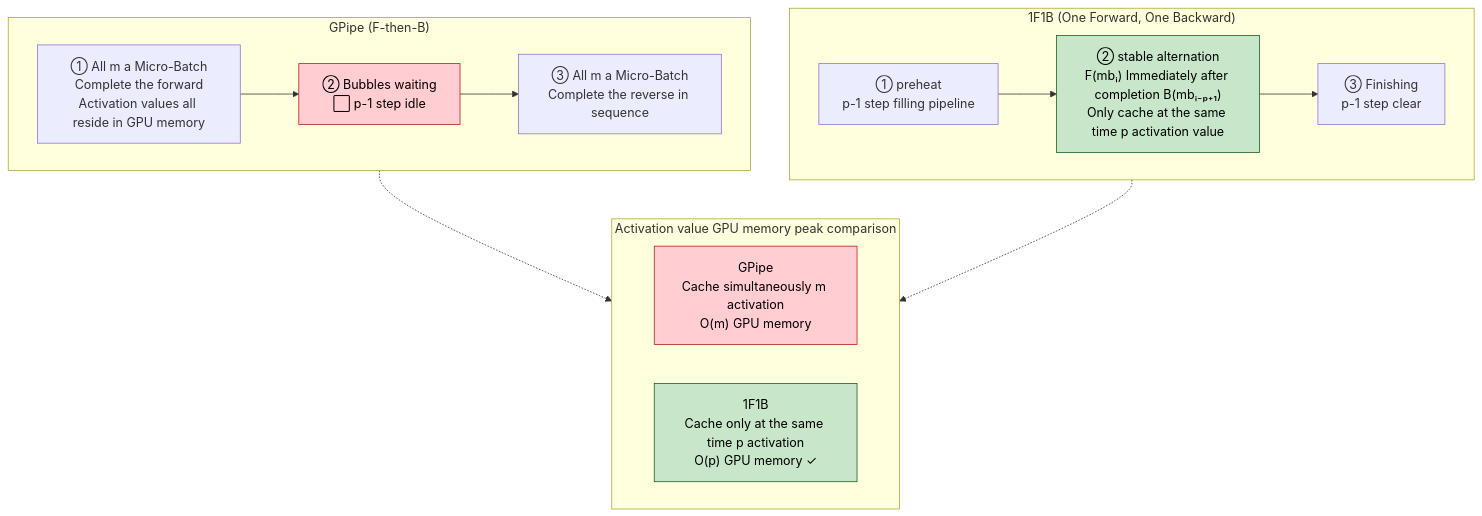
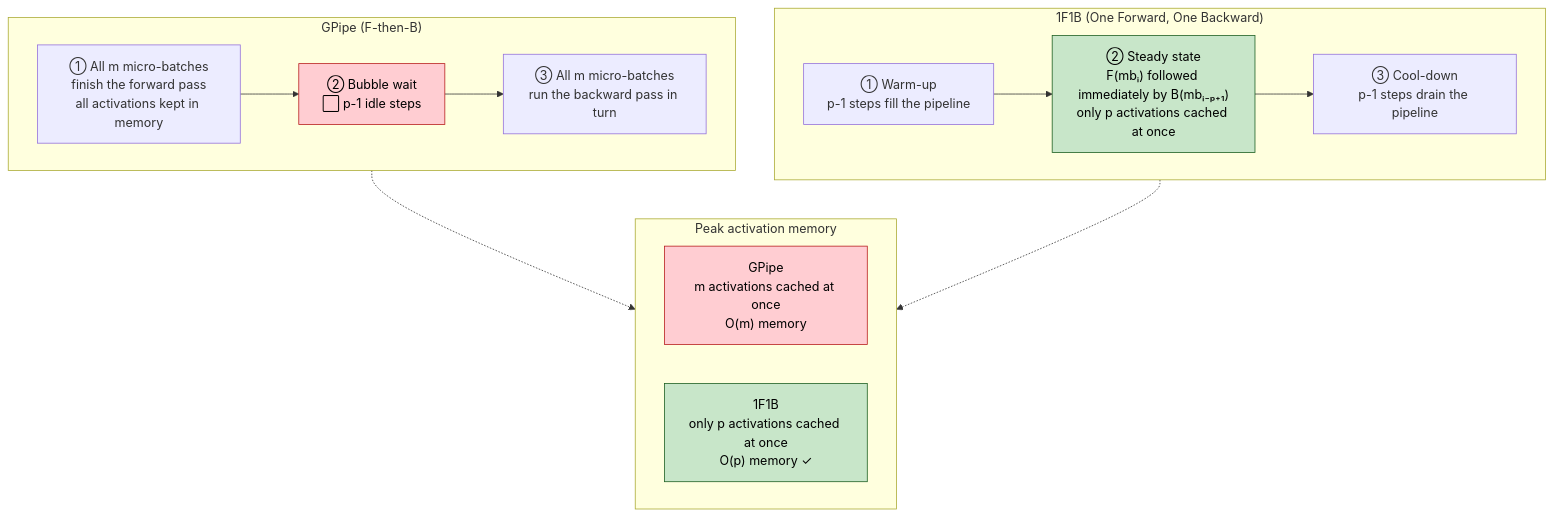
One commit to TingdeLiu/tingdeliu.github.io changed diagram 12 of 29 in _translations/en/research/LLM-Training-Survey.md. Above: the diagram before and after it, drawn with Mermaid. The commit also changed other lines of this file and 2 other files, not shown here.

First line of the commit message:
docs(llm-survey): polish English edition and add evolution timeline

````diff
--- a/_translations/en/research/LLM-Training-Survey.md
+++ b/_translations/en/research/LLM-Training-Survey.md
@@ -2575,26 +2593,26 @@
 ```mermaid
 flowchart TD
     subgraph GPIPE ["GPipe (F-then-B)"]
         direction LR
-        GF["① All m a Micro-Batch<br>Complete the forward<br>Activation values all reside in GPU memory"] --> GBUB["② Bubbles waiting<br>⬜ p-1 step idle"] --> GBW["③ All m a Micro-Batch<br>Complete the reverse in sequence"]
+        GF["① All m micro-batches<br>finish the forward pass<br>all activations kept in memory"] --> GBUB["② Bubble wait<br>⬜ p-1 idle steps"] --> GBW["③ All m micro-batches<br>run the backward pass in turn"]
     end
 
     subgraph F1B ["1F1B (One Forward, One Backward)"]
         direction LR
-        WU["① preheat<br>p-1 step filling pipeline"] --> SS["② stable alternation<br>F(mbᵢ) Immediately after completion B(mbᵢ₋ₚ₊₁)<br>Only cache at the same time p activation value"] --> CD["③ Finishing<br>p-1 step clear"]
+        WU["① Warm-up<br>p-1 steps fill the pipeline"] --> SS["② Steady state<br>F(mbᵢ) followed immediately by B(mbᵢ₋ₚ₊₁)<br>only p activations cached at once"] --> CD["③ Cool-down<br>p-1 steps drain the pipeline"]
     end
 
-    subgraph MEM ["Activation value GPU memory peak comparison"]
+    subgraph MEM ["Peak activation memory"]
         direction LR
-        GM["GPipe<br>Cache simultaneously m activation<br>O(m) GPU memory"]
-        FM["1F1B<br>Cache only at the same time p activation<br>O(p) GPU memory ✓"]
+        GM["GPipe<br>m activations cached at once<br>O(m) memory"]
+        FM["1F1B<br>only p activations cached at once<br>O(p) memory ✓"]
     end
 
     GPIPE -.-> GM
     F1B -.-> FM
 
     style GBUB fill:#ffcdd2,stroke:#b71c1c,color:#000
     style GM fill:#ffcdd2,stroke:#b71c1c,color:#000
     style FM fill:#c8e6c9,stroke:#1b5e20,color:#000
     style SS fill:#c8e6c9,stroke:#1b5e20,color:#000
 ```
````
